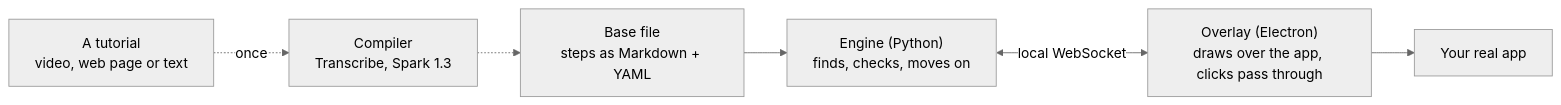
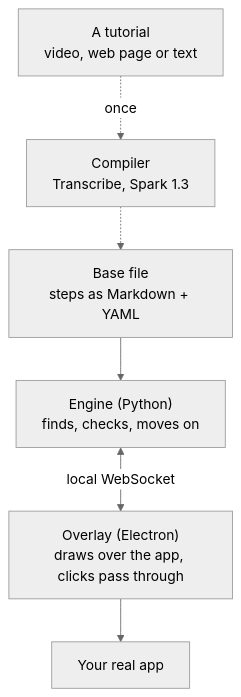
Before and after one commit to kx44/ghostguide: the first of 2 diagrams in README.md, drawn with Mermaid (neutral theme).

Commit message:
README: first diagram runs top to bottom

````diff
--- a/README.md
+++ b/README.md
@@ -34,8 +34,8 @@
 ```mermaid
-flowchart LR
+flowchart TD
   S["A tutorial<br/>video, web page or text"] -.->|"once"| C["Compiler<br/>Transcribe, Spark 1.3"]
   C -.-> B["Base file<br/>steps as Markdown + YAML"]
   B --> E["Engine (Python)<br/>finds, checks, moves on"]
   E <-->|"local WebSocket"| O["Overlay (Electron)<br/>draws over the app, clicks pass through"]
   O --> A["Your real app"]
 ```
````
